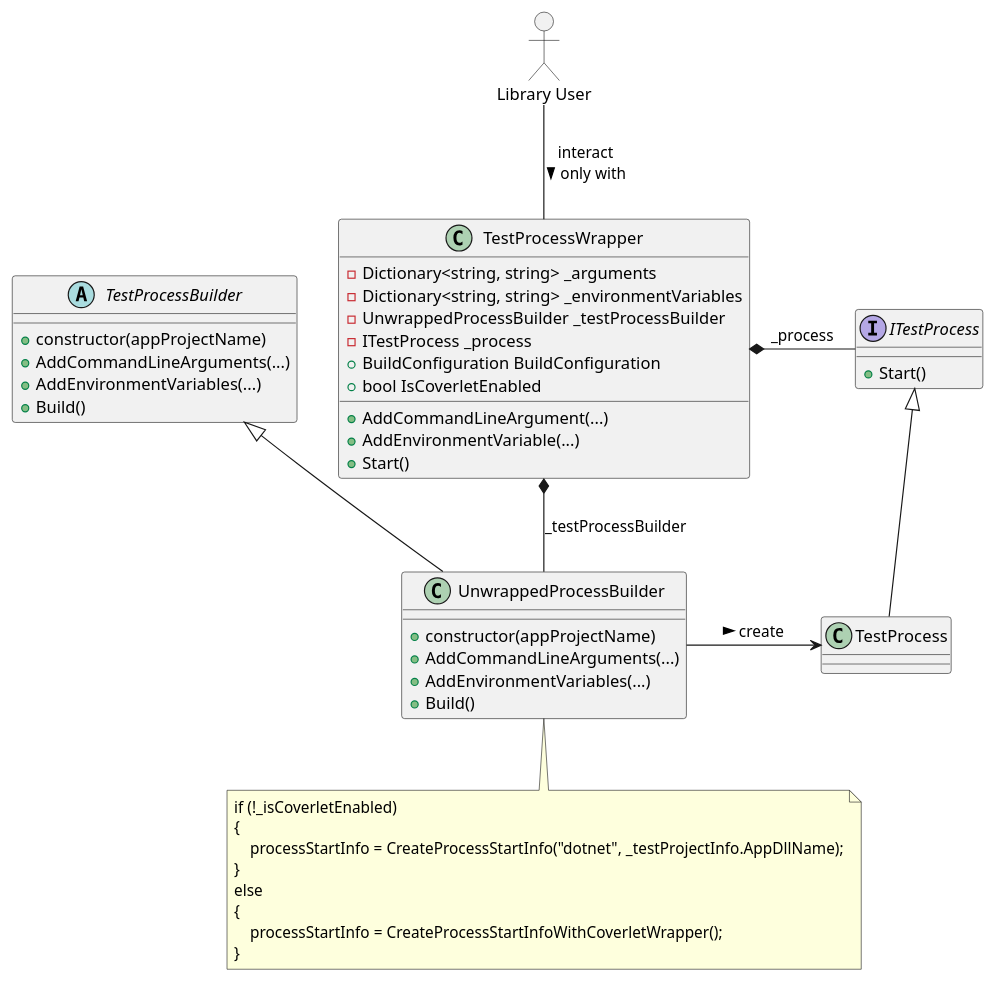
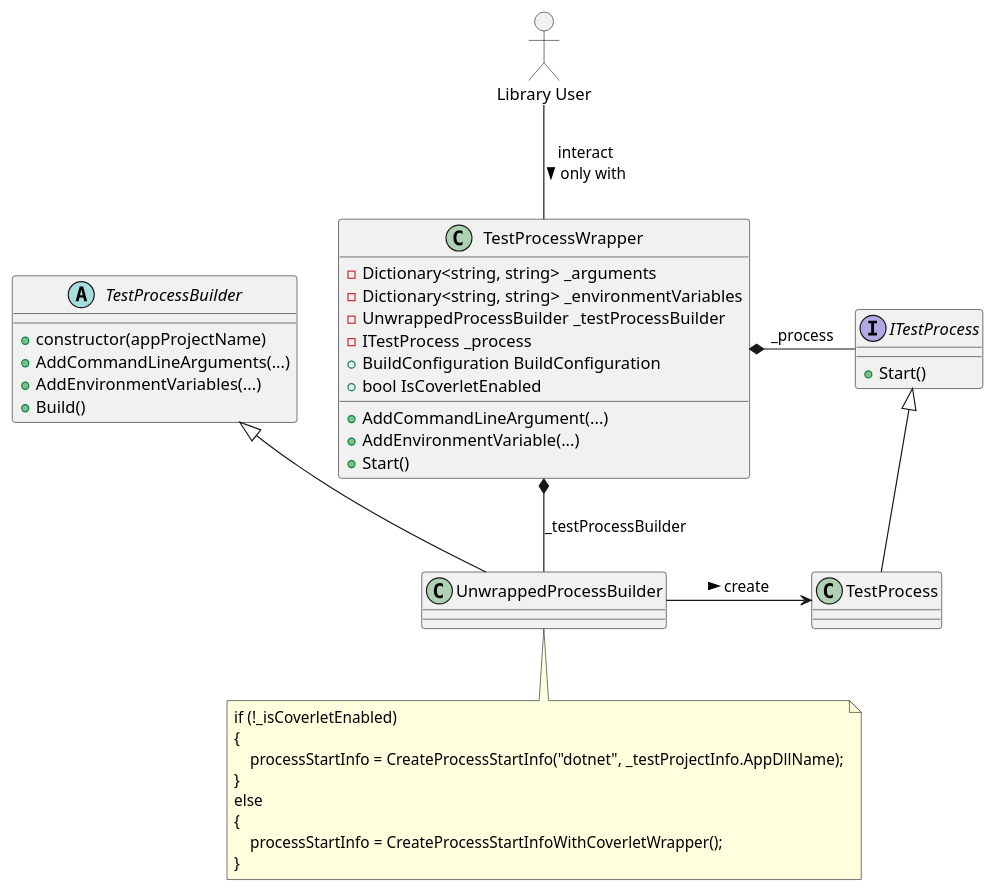
The diagram in docs/current_create_process.puml (wonderbird/TestProcessWrapper), drawn with PlantUML before and after one commit. The commit also changed 3 other files, not shown here.

Commit message:
refactor: declare members of TestProcessBuilder

```diff
--- a/docs/current_create_process.puml
+++ b/docs/current_create_process.puml
@@ -1,60 +1,54 @@
 @startuml
 allowmixing
 
 actor "Library User" as user
 
 class "TestProcessWrapper" as wrapper {
   - Dictionary<string, string> _arguments
   - Dictionary<string, string> _environmentVariables
   - UnwrappedProcessBuilder _testProcessBuilder
   - ITestProcess _process
   + BuildConfiguration BuildConfiguration
   + bool IsCoverletEnabled
 
   + AddCommandLineArgument(...)
   + AddEnvironmentVariable(...)
   + Start()
 }
 
 user -- wrapper : interact\nonly with >
 
 abstract class "TestProcessBuilder" as new_builder {
   + constructor(appProjectName)
   + AddCommandLineArguments(...)
   + AddEnvironmentVariables(...)
   + Build()
 }
 
-class "UnwrappedProcessBuilder" as builder {
-  + constructor(appProjectName)
-  + AddCommandLineArguments(...)
-  + AddEnvironmentVariables(...)
-  + Build()
-}
-
+class "UnwrappedProcessBuilder" as builder
 new_builder <|-- builder
 
 wrapper *-- builder : _testProcessBuilder
 
 interface "ITestProcess" as process_if {
   + Start()
 }
 
 wrapper *- process_if : _process
 
 class "TestProcess" as process
 process_if <|-- process
 
 builder -> process : create >
 
 note bottom of builder
 if (!_isCoverletEnabled)
 {
     processStartInfo = CreateProcessStartInfo("dotnet", _testProjectInfo.AppDllName);
 }
 else
 {
     processStartInfo = CreateProcessStartInfoWithCoverletWrapper();
 }
 end note
 @enduml
```
